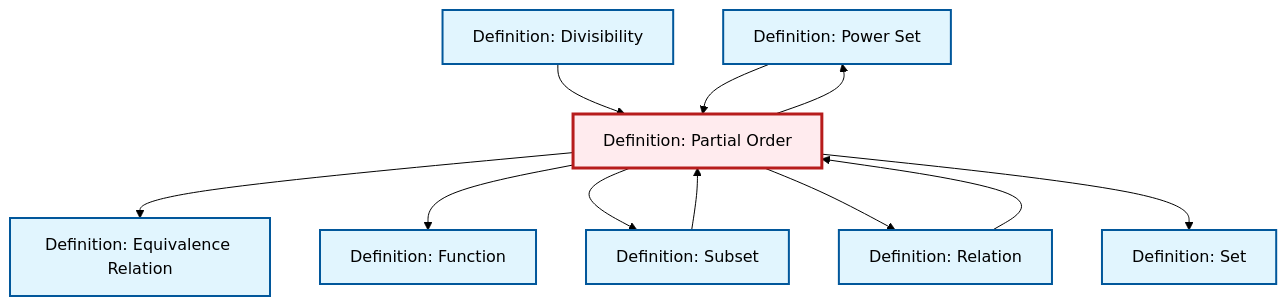
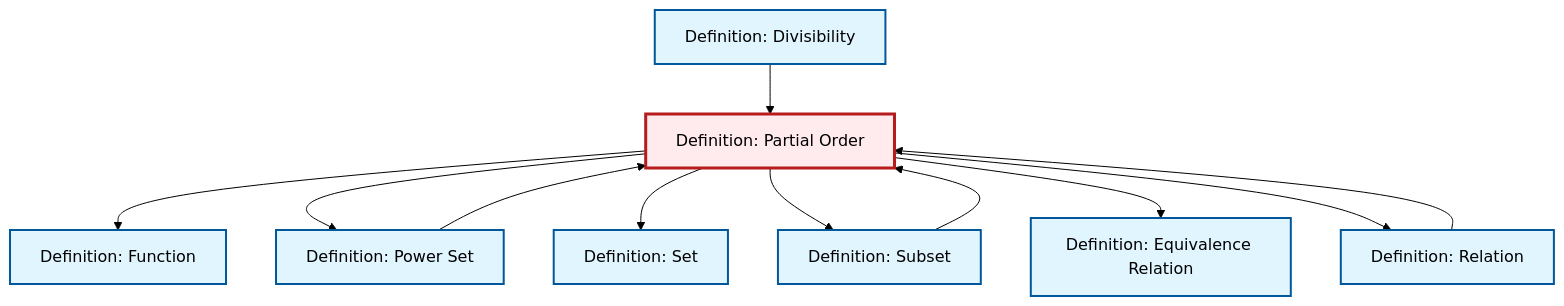
Before and after one commit to RK0429/ModernMath: the diagram in content/en/logic-set-theory/def-partial-order.qmd, drawn with Mermaid (forest theme). The commit also changed other lines of this file and 1069 other files, not shown here.

````diff
--- a/content/en/logic-set-theory/def-partial-order.qmd
+++ b/content/en/logic-set-theory/def-partial-order.qmd
@@ -156,35 +156,35 @@
 ```{mermaid}
 %%| fig-cap: "Local dependency graph"
 graph TD
     classDef definition fill:#e1f5fe,stroke:#01579b,stroke-width:2px
     classDef theorem fill:#f3e5f5,stroke:#4a148c,stroke-width:2px
     classDef axiom fill:#fff3e0,stroke:#e65100,stroke-width:2px
     classDef example fill:#e8f5e9,stroke:#1b5e20,stroke-width:2px
     classDef current fill:#ffebee,stroke:#b71c1c,stroke-width:3px
+    def-divisibility["Definition: Divisibility"]:::definition
     def-set["Definition: Set"]:::definition
-    def-power-set["Definition: Power Set"]:::definition
-    def-divisibility["Definition: Divisibility"]:::definition
-    def-equivalence-relation["Definition: Equivalence Relation"]:::definition
-    def-subset["Definition: Subset"]:::definition
     def-relation["Definition: Relation"]:::definition
     def-function["Definition: Function"]:::definition
     def-partial-order["Definition: Partial Order"]:::definition
-    def-partial-order --> def-equivalence-relation
+    def-power-set["Definition: Power Set"]:::definition
+    def-subset["Definition: Subset"]:::definition
+    def-equivalence-relation["Definition: Equivalence Relation"]:::definition
+    def-subset --> def-partial-order
     def-divisibility --> def-partial-order
+    def-partial-order --> def-function
     def-partial-order --> def-power-set
-    def-partial-order --> def-function
-    def-power-set --> def-partial-order
+    def-partial-order --> def-set
     def-relation --> def-partial-order
     def-partial-order --> def-subset
-    def-subset --> def-partial-order
+    def-power-set --> def-partial-order
+    def-partial-order --> def-equivalence-relation
     def-partial-order --> def-relation
-    def-partial-order --> def-set
     class def-partial-order current
+    click def-divisibility "def-divisibility.html" "Go to Divisibility definition"
     click def-set "def-set.html" "Go to Set definition"
-    click def-power-set "def-power-set.html" "Go to Power Set definition"
-    click def-divisibility "def-divisibility.html" "Go to Divisibility definition"
-    click def-equivalence-relation "def-equivalence-relation.html" "Go to Equivalence Relation definition"
-    click def-subset "def-subset.html" "Go to Subset definition"
     click def-relation "def-relation.html" "Go to Relation definition"
     click def-function "def-function.html" "Go to Function definition"
+    click def-power-set "def-power-set.html" "Go to Power Set definition"
+    click def-subset "def-subset.html" "Go to Subset definition"
+    click def-equivalence-relation "def-equivalence-relation.html" "Go to Equivalence Relation definition"
 ```
````
